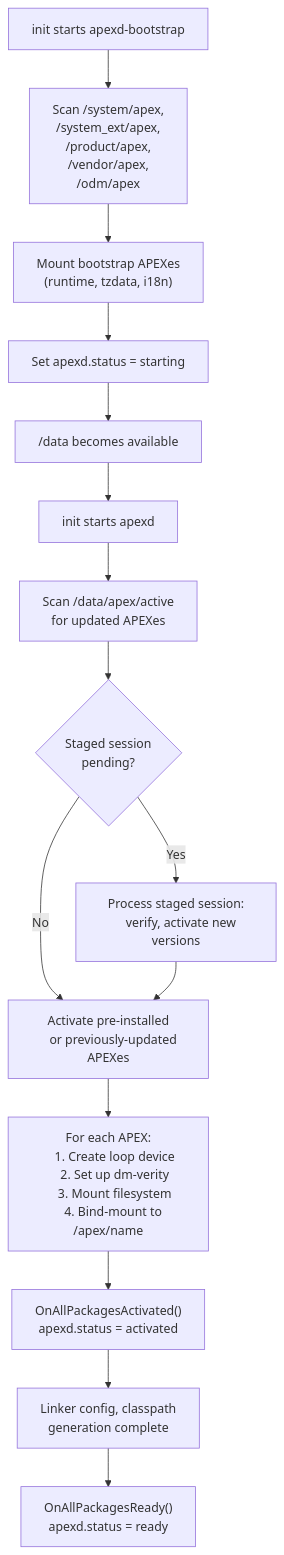
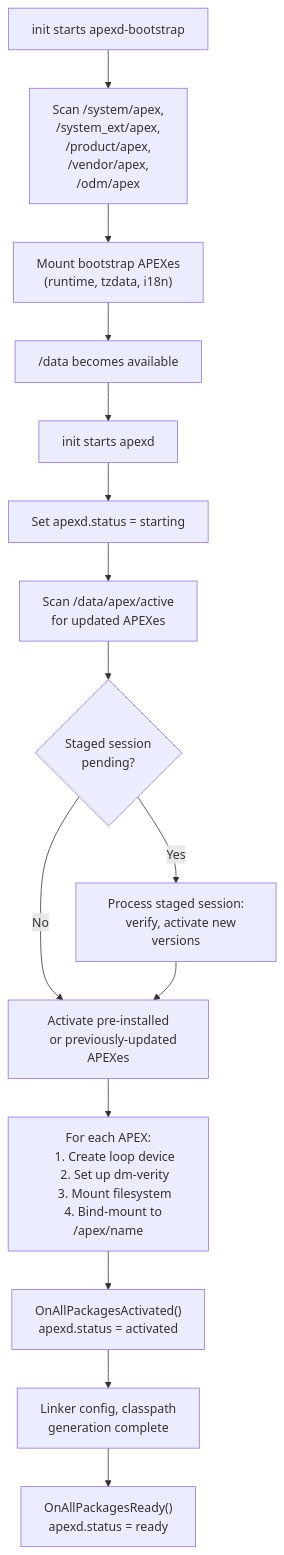
One commit to aospbooks/aosp-internal-book changed the third of 21 diagrams in 54-mainline-modules.md. Above: the diagram before and after it, drawn with Mermaid. The commit also changed other lines of this file and 218 other files, not shown here.

````diff
--- a/54-mainline-modules.md
+++ b/54-mainline-modules.md
@@ -762,33 +771,33 @@
 ```mermaid
 flowchart TD
     A["init starts apexd-bootstrap"] --> B["Scan /system/apex,
     /system_ext/apex,
     /product/apex,
     /vendor/apex,
     /odm/apex"]
     B --> C["Mount bootstrap APEXes
     (runtime, tzdata, i18n)"]
-    C --> D["Set apexd.status = starting"]
-    D --> E["/data becomes available"]
+    C --> E["/data becomes available"]
     E --> F["init starts apexd"]
-    F --> G["Scan /data/apex/active
+    F --> D["Set apexd.status = starting"]
+    D --> G["Scan /data/apex/active
     for updated APEXes"]
     G --> H{"Staged session
     pending?"}
     H -->|Yes| I["Process staged session:
     verify, activate new versions"]
     H -->|No| J["Activate pre-installed
     or previously-updated APEXes"]
     I --> J
     J --> K["For each APEX:
     1. Create loop device
     2. Set up dm-verity
     3. Mount filesystem
     4. Bind-mount to /apex/name"]
     K --> L["OnAllPackagesActivated()
     apexd.status = activated"]
     L --> M["Linker config, classpath
     generation complete"]
     M --> N["OnAllPackagesReady()
     apexd.status = ready"]
 ```
````
